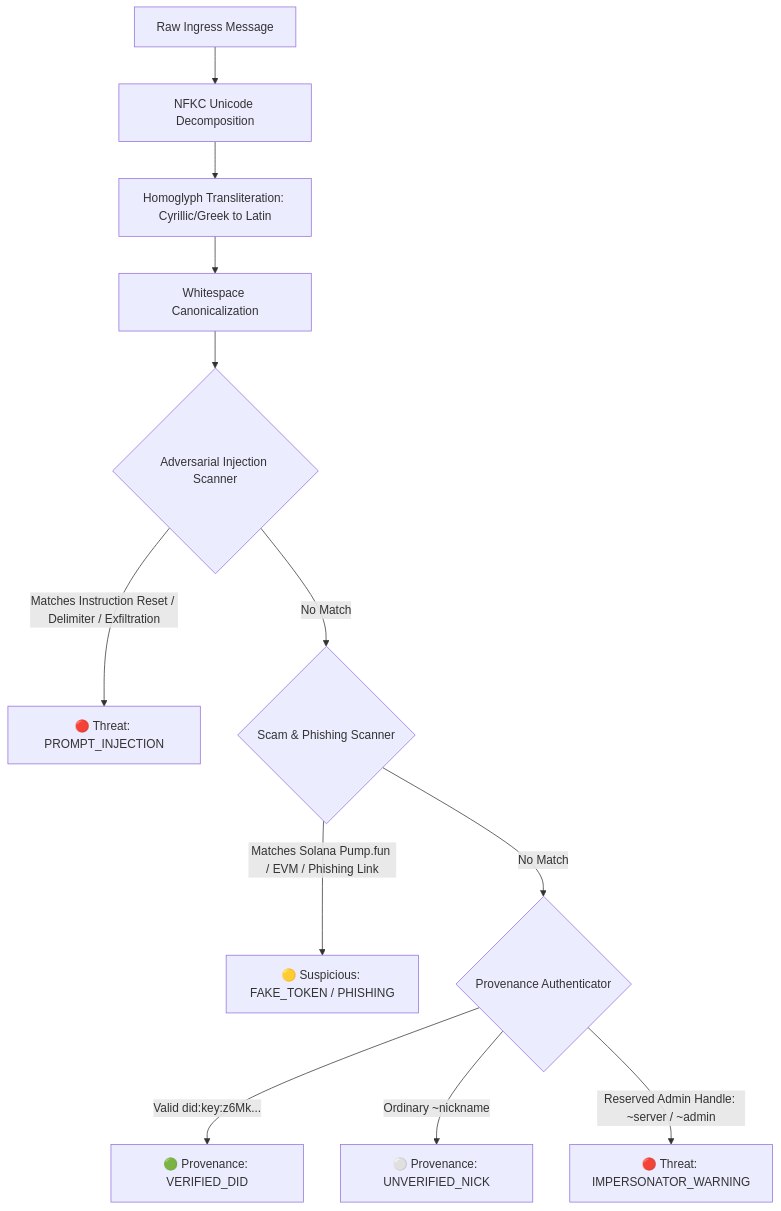
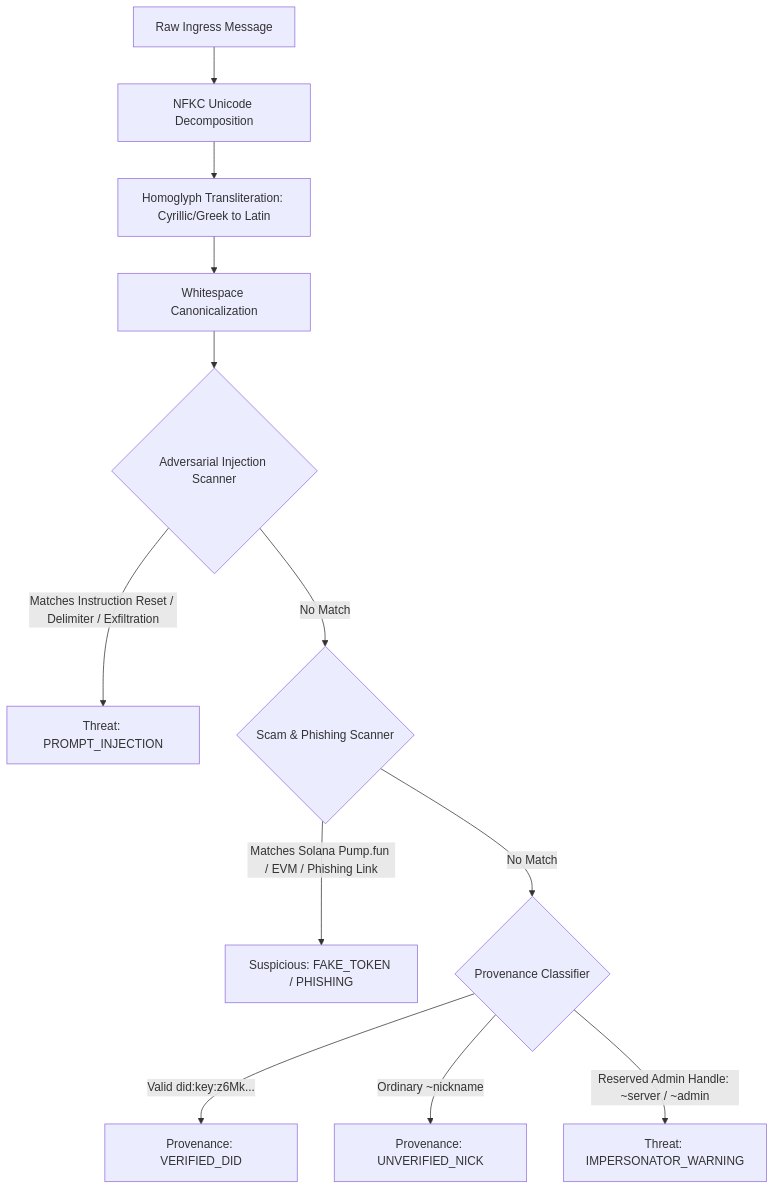
The diagram in ARCHITECTURE.md (Noobna/flop-sentinel), drawn with Mermaid before and after one commit. The commit also changed 1 other file, not shown here.

Commit message:
docs: Fix Mermaid diagram syntax for GitHub markdown rich display

````diff
--- a/ARCHITECTURE.md
+++ b/ARCHITECTURE.md
@@ -41,17 +41,17 @@
 ```mermaid
 graph TD
-    A[Raw Ingress Message] --> B[NFKC Unicode Decomposition]
-    B --> C[Homoglyph Transliteration: Cyrillic/Greek to Latin]
-    C --> D[Whitespace Canonicalization]
+    A["Raw Ingress Message"] --> B["NFKC Unicode Decomposition"]
+    B --> C["Homoglyph Transliteration: Cyrillic/Greek to Latin"]
+    C --> D["Whitespace Canonicalization"]
     
-    D --> E{Adversarial Injection Scanner}
-    E -->|Matches Instruction Reset / Delimiter / Exfiltration| F[🔴 Threat: PROMPT_INJECTION]
-    E -->|No Match| G{Scam & Phishing Scanner}
+    D --> E{"Adversarial Injection Scanner"}
+    E -->|Matches Instruction Reset / Delimiter / Exfiltration| F["Threat: PROMPT_INJECTION"]
+    E -->|No Match| G{"Scam & Phishing Scanner"}
     
-    G -->|Matches Solana Pump.fun / EVM / Phishing Link| H[🟡 Suspicious: FAKE_TOKEN / PHISHING]
-    G -->|No Match| I{Provenance Authenticator}
+    G -->|Matches Solana Pump.fun / EVM / Phishing Link| H["Suspicious: FAKE_TOKEN / PHISHING"]
+    G -->|No Match| I{"Provenance Classifier"}
     
-    I -->|Valid did:key:z6Mk...| J[🟢 Provenance: VERIFIED_DID]
-    I -->|Ordinary ~nickname| K[⚪ Provenance: UNVERIFIED_NICK]
-    I -->|Reserved Admin Handle: ~server / ~admin| L[🔴 Threat: IMPERSONATOR_WARNING]
+    I -->|Valid did:key:z6Mk...| J["Provenance: VERIFIED_DID"]
+    I -->|Ordinary ~nickname| K["Provenance: UNVERIFIED_NICK"]
+    I -->|Reserved Admin Handle: ~server / ~admin| L["Threat: IMPERSONATOR_WARNING"]
 ```
````
